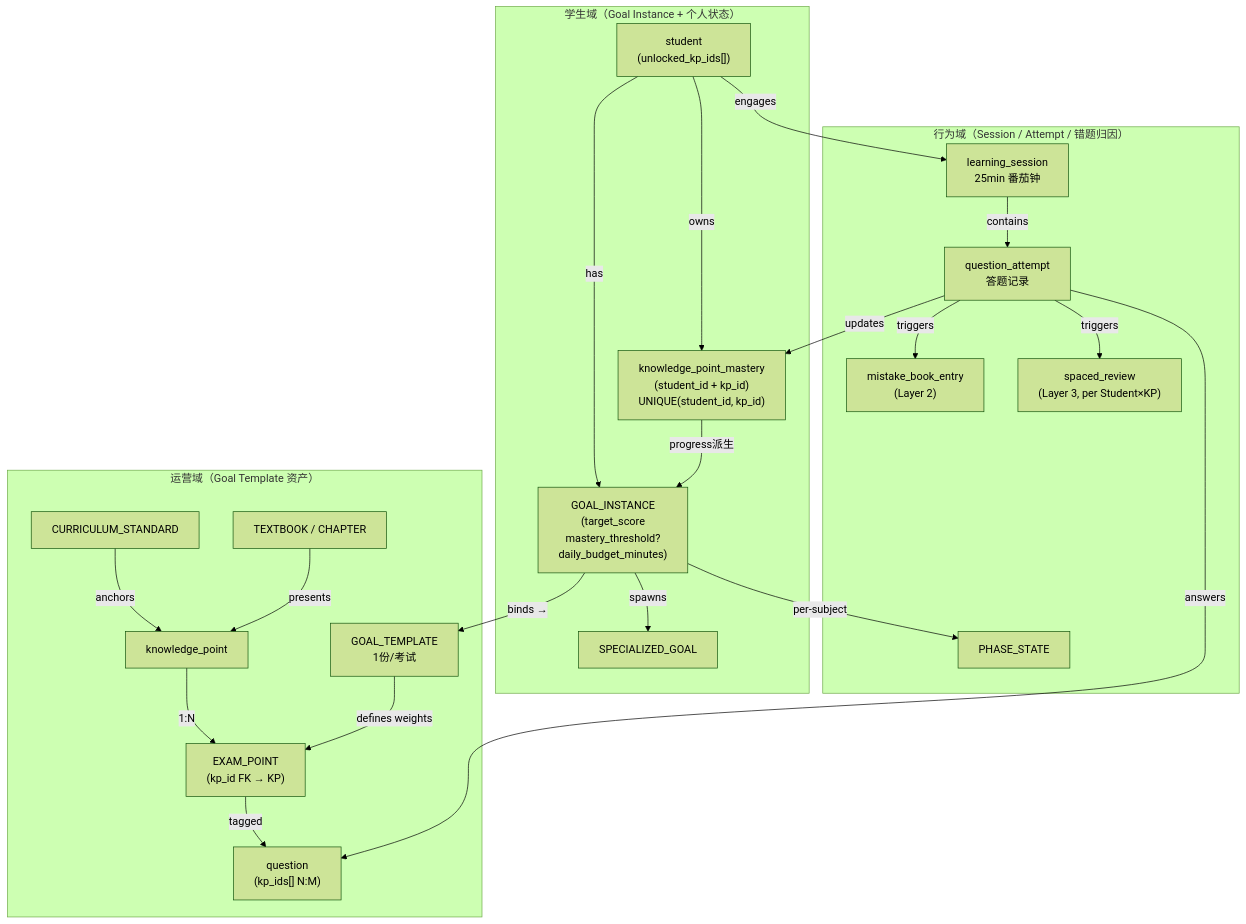
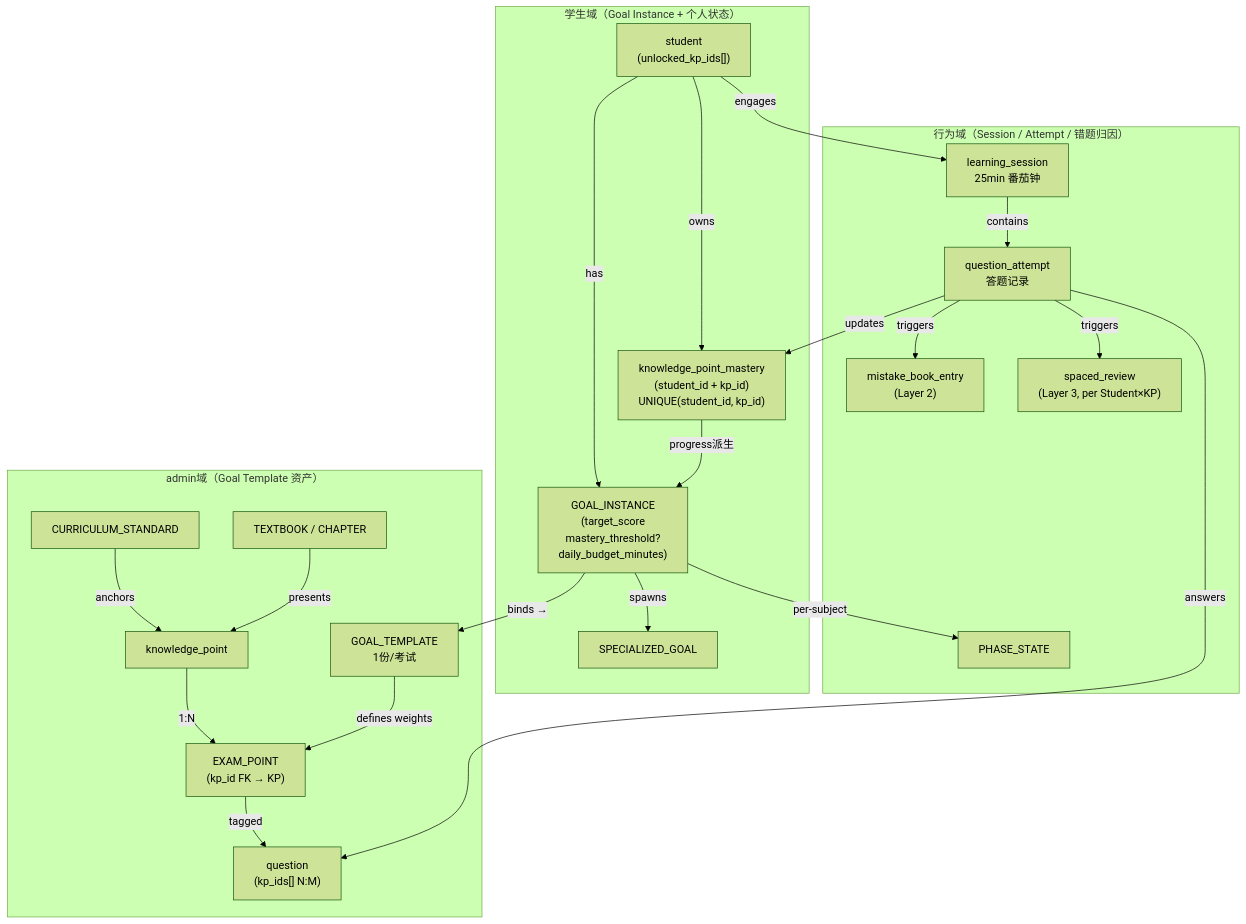
Before and after one commit to swingboat/hao-hao-study: the first of 19 diagrams in docs/PRD/SmartLearningAssistant_PRD.md, drawn with Mermaid (forest theme). The commit also changed other lines of this file and 10 other files, not shown here.

````diff
--- a/docs/PRD/SmartLearningAssistant_PRD.md
+++ b/docs/PRD/SmartLearningAssistant_PRD.md
@@ -115,48 +115,48 @@
 ```mermaid
 graph TB
-    subgraph OPS["运营域（Goal Template 资产）"]
+    subgraph OPS["admin域（Goal Template 资产）"]
         GT["GOAL_TEMPLATE\n1份/考试"]
         KP["knowledge_point"]
         EP["EXAM_POINT\n(kp_id FK → KP)"]
         question["question\n(kp_ids[] N:M)"]
         CS["CURRICULUM_STANDARD"]
         TB["TEXTBOOK / CHAPTER"]
 
         CS -->|"anchors"| KP
         TB -->|"presents"| KP
         KP -->|"1:N"| EP
         EP -->|"tagged"| question
         GT -->|"defines weights"| EP
     end
 
     subgraph STU["学生域（Goal Instance + 个人状态）"]
         student["student\n(unlocked_kp_ids[])"]
         GI["GOAL_INSTANCE\n(target_score\nmastery_threshold?\ndaily_budget_minutes)"]
         MS["knowledge_point_mastery\n(student_id + kp_id)\nUNIQUE(student_id, kp_id)"]
         SG["SPECIALIZED_GOAL"]
 
         student -->|"has"| GI
         student -->|"owns"| MS
         GI -->|"spawns"| SG
     end
 
     subgraph BEH["行为域（Session / Attempt / 错题归因）"]
         LS["learning_session\n25min 番茄钟"]
         ATT["question_attempt\n答题记录"]
         EL["mistake_book_entry\n(Layer 2)"]
         RS["spaced_review\n(Layer 3, per Student×KP)"]
         PS["PHASE_STATE"]
 
         LS -->|"contains"| ATT
         ATT -->|"triggers"| EL
         ATT -->|"triggers"| RS
         GI -->|"per-subject"| PS
     end
 
     %% 域间连线
     GI -->|"binds →"| GT
     ATT -->|"answers"| question
     ATT -->|"updates"| MS
     MS -->|"progress派生"| GI
     student -->|"engages"| LS
 ```
````
